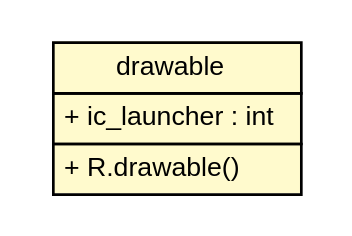
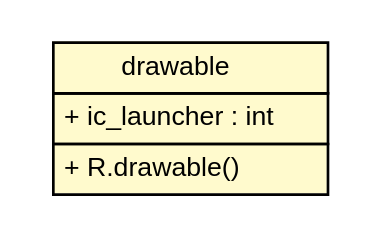
The diagram in SwEng2013QuizApp/reports/epfl/sweng/R.drawable.dot (SidneyBovet/sweng-2013-quizapp), drawn with Graphviz before and after one commit. The commit also changed 146 other files, not shown here.

Commit message:
ant reports rerun to create the .png for UML

```diff
--- a/SwEng2013QuizApp/reports/epfl/sweng/R.drawable.dot
+++ b/SwEng2013QuizApp/reports/epfl/sweng/R.drawable.dot
@@ -1,24 +1,24 @@
 #!/usr/local/bin/dot
 #
 # Class diagram 
 # Generated by UMLGraph version R5_6_6-1-g9240c4 (http://www.umlgraph.org/)
 #
 
 digraph G {
-	edge [fontname="arial",fontsize=10,labelfontname="arial",labelfontsize=10];
-	node [fontname="arial",fontsize=10,shape=plaintext];
+	edge [fontname="Helvetica",fontsize=10,labelfontname="Helvetica",labelfontsize=10];
+	node [fontname="Helvetica",fontsize=10,shape=plaintext];
 	nodesep=0.25;
 	ranksep=0.5;
 	// epfl.sweng.R.drawable
-	c518 [label=<<table title="epfl.sweng.R.drawable" border="0" cellborder="1" cellspacing="0" cellpadding="2" port="p" bgcolor="lemonChiffon" href="./R.drawable.html">
+	c598 [label=<<table title="epfl.sweng.R.drawable" border="0" cellborder="1" cellspacing="0" cellpadding="2" port="p" bgcolor="lemonChiffon" href="./R.drawable.html">
 		<tr><td><table border="0" cellspacing="0" cellpadding="1">
 <tr><td align="center" balign="center"> drawable </td></tr>
 		</table></td></tr>
 		<tr><td><table border="0" cellspacing="0" cellpadding="1">
 <tr><td align="left" balign="left"> + ic_launcher : int </td></tr>
 		</table></td></tr>
 		<tr><td><table border="0" cellspacing="0" cellpadding="1">
 <tr><td align="left" balign="left"> + R.drawable() </td></tr>
 		</table></td></tr>
-		</table>>, URL="./R.drawable.html", fontname="arial", fontcolor="black", fontsize=10.0];
+		</table>>, URL="./R.drawable.html", fontname="Helvetica", fontcolor="black", fontsize=10.0];
 }
```
